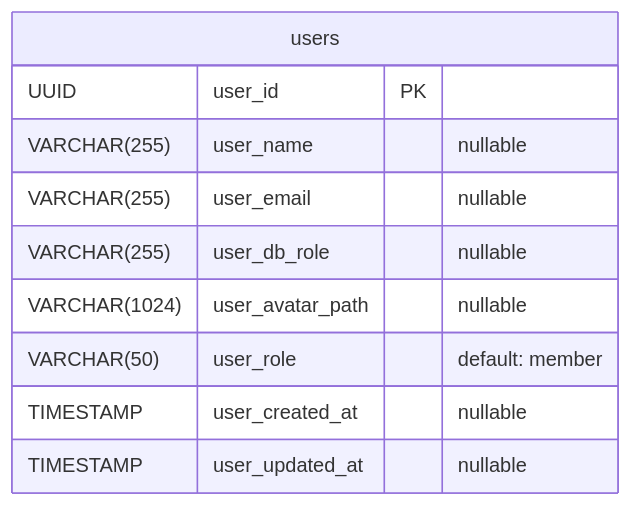
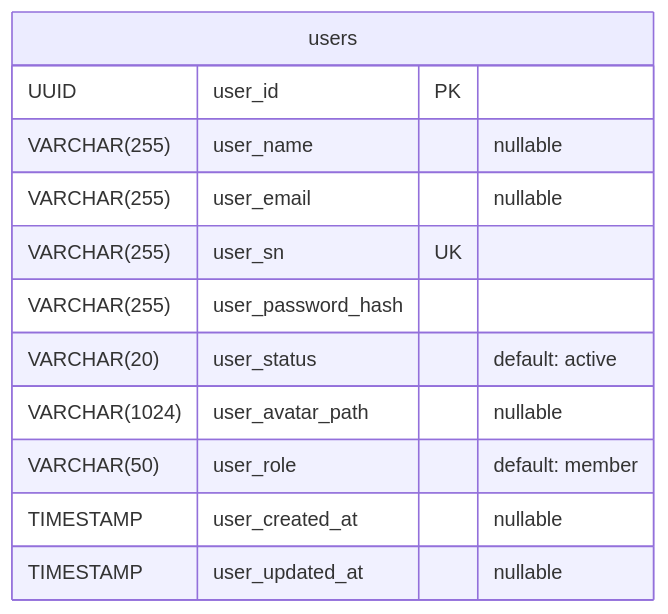
The first of 5 diagrams in docs/design/table-erd.md (jujoycode/hydra), drawn with Mermaid before and after one commit. The commit also changed other lines of this file and 5 other files, not shown here.

````diff
--- a/docs/design/table-erd.md
+++ b/docs/design/table-erd.md
@@ -11,13 +11,15 @@
 ```mermaid
 erDiagram
 "users" {
   UUID user_id PK
   VARCHAR(255) user_name "nullable"
   VARCHAR(255) user_email "nullable"
-  VARCHAR(255) user_db_role "nullable"
+  VARCHAR(255) user_sn UK
+  VARCHAR(255) user_password_hash
+  VARCHAR(20) user_status "default: active"
   VARCHAR(1024) user_avatar_path "nullable"
   VARCHAR(50) user_role "default: member"
   TIMESTAMP user_created_at "nullable"
   TIMESTAMP user_updated_at "nullable"
 }
 ```
````
